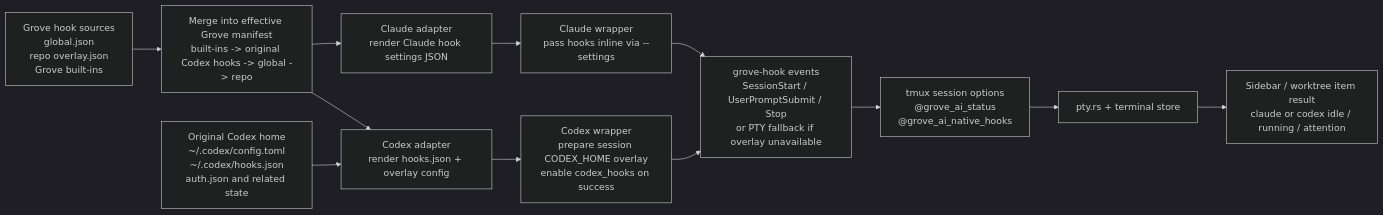
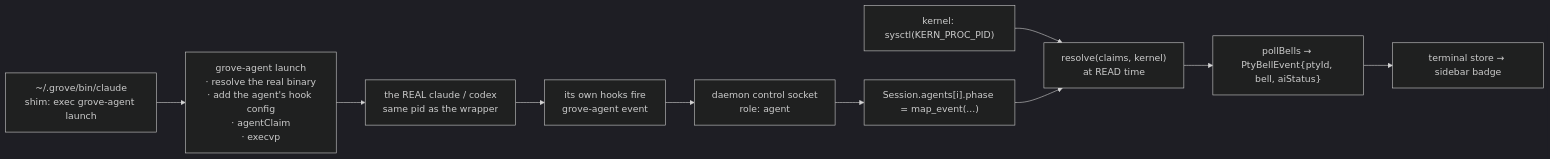
The diagram in grove/docs/grove-hooks-runtime-design.md (bang9/ai-tools), drawn with Mermaid (dark theme) before and after one commit. The commit also changed other lines of this file and 26 other files, not shown here.

````diff
--- a/grove/docs/grove-hooks-runtime-design.md
+++ b/grove/docs/grove-hooks-runtime-design.md
@@ -17,19 +20,12 @@
 ```mermaid
 flowchart LR
-    A["Grove hook sources<br/>global.json<br/>repo overlay.json<br/>Grove built-ins"] --> B["Merge into effective Grove manifest<br/>built-ins -> original Codex hooks -> global -> repo"]
-
-    B --> C["Claude adapter<br/>render Claude hook settings JSON"]
-    B --> D["Codex adapter<br/>render hooks.json + overlay config"]
-
-    E["Original Codex home<br/>~/.codex/config.toml<br/>~/.codex/hooks.json<br/>auth.json and related state"] --> D
-
-    C --> F["Claude wrapper<br/>pass hooks inline via --settings"]
-    D --> G["Codex wrapper<br/>prepare session CODEX_HOME overlay<br/>enable codex_hooks on success"]
-
-    F --> H["grove-hook events<br/>SessionStart / UserPromptSubmit / Stop / StopFailure / Notification"]
-    G --> H["grove-hook events<br/>SessionStart / UserPromptSubmit / Stop<br/>or PTY fallback if overlay unavailable"]
-
-    H --> I["tmux session options<br/>@grove_ai_status<br/>@grove_ai_native_hooks"]
-    I --> J["pty.rs + terminal store"]
-    J --> K["Sidebar / worktree item result<br/>claude or codex idle / running / attention"]
+    A["~/.grove/bin/claude<br/>shim: exec grove-agent launch"] --> B["grove-agent launch<br/>· resolve the real binary<br/>· add the agent's hook config<br/>· agentClaim<br/>· execvp"]
+    B --> C["the REAL claude / codex<br/>same pid as the wrapper"]
+    C --> D["its own hooks fire<br/>grove-agent event"]
+    D --> E["daemon control socket<br/>role: agent"]
+    E --> F["Session.agents[i].phase = map_event(...)"]
+    G["kernel: sysctl(KERN_PROC_PID)"] --> H
+    F --> H["resolve(claims, kernel)<br/>at READ time"]
+    H --> I["pollBells → PtyBellEvent{ptyId, bell, aiStatus}"]
+    I --> J["terminal store → sidebar badge"]
 ```
````
